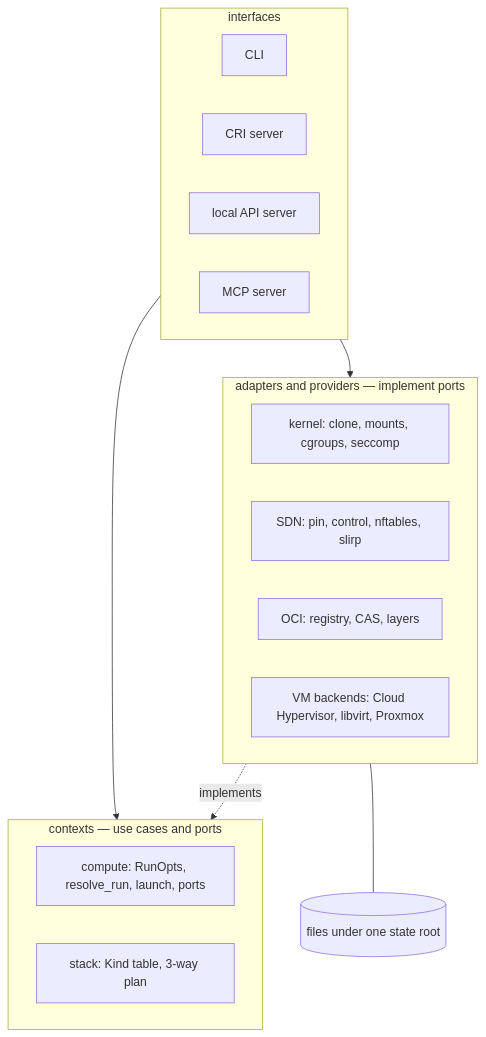
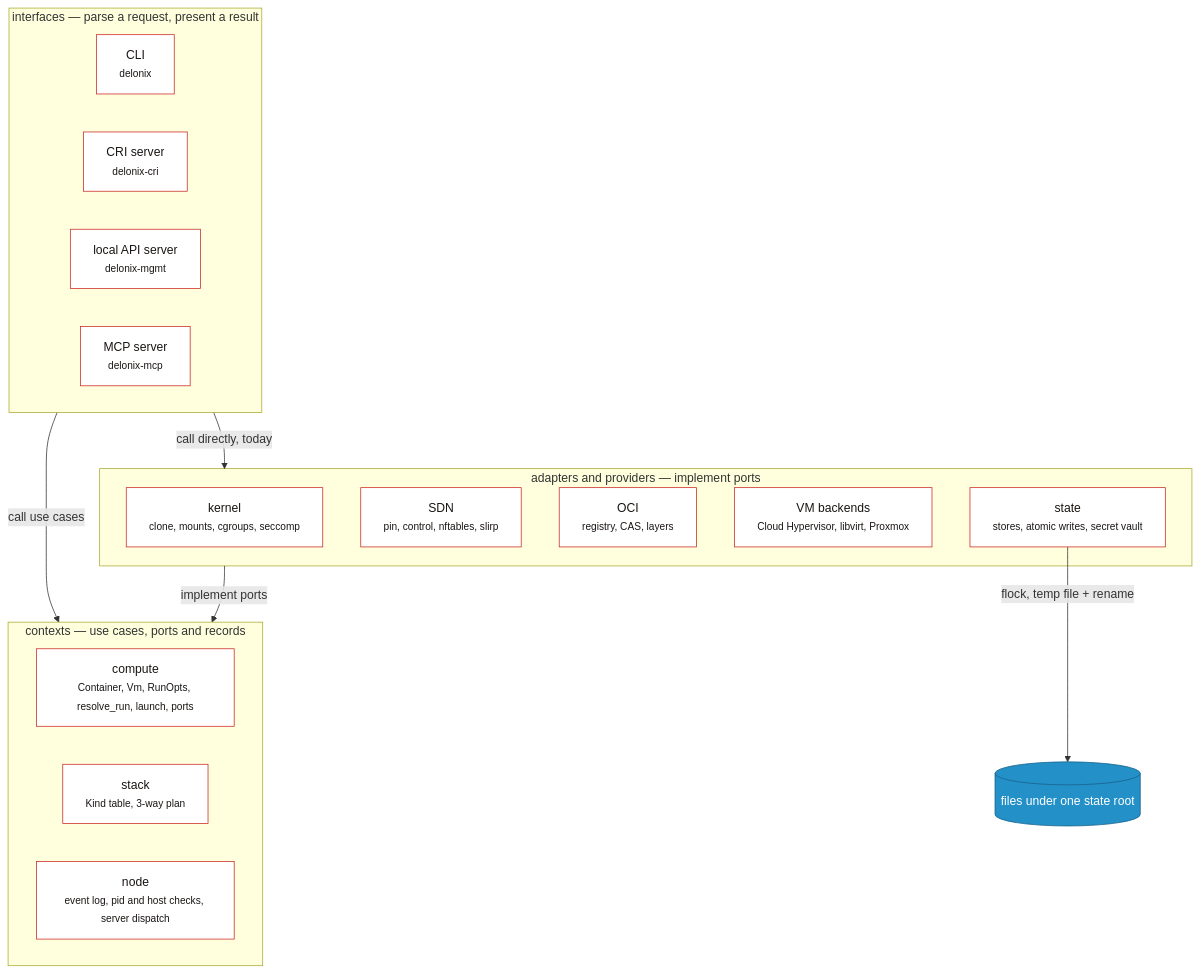
One commit to angolardevops/delonix-runtime changed the first of 4 diagrams in docs/dev/pt-AO/system-design-interview.md. Above: the diagram before and after it, drawn with Mermaid. The commit also changed other lines of this file and 5 other files, not shown here.

````diff
--- a/docs/dev/pt-AO/system-design-interview.md
+++ b/docs/dev/pt-AO/system-design-interview.md
@@ -120,24 +136,33 @@
 ```mermaid
-graph TB
-    subgraph IF["interfaces"]
-        CLI["CLI"]
-        CRI["CRI server"]
-        API["local API server"]
-        MCP["MCP server"]
-    end
-    subgraph CX["contexts — use cases and ports"]
-        COMPUTE["compute: RunOpts, resolve_run, launch, ports"]
-        STACK["stack: Kind table, 3-way plan"]
-    end
-    subgraph AD["adapters and providers — implement ports"]
-        LINUX["kernel: clone, mounts, cgroups, seccomp"]
-        SDN["SDN: pin, control, nftables, slirp"]
-        OCI["OCI: registry, CAS, layers"]
-        VMS["VM backends: Cloud Hypervisor, libvirt, Proxmox"]
-    end
-    STATE[("files under one state root")]
-    IF --> CX
-    AD -. implements .-> CX
-    IF --> AD
-    AD --- STATE
+flowchart TB
+  subgraph IF["interfaces — parse a request, present a result"]
+    CLI["CLI<br/><small>delonix</small>"]
+    CRI["CRI server<br/><small>delonix-cri</small>"]
+    API["local API server<br/><small>delonix-mgmt</small>"]
+    MCP["MCP server<br/><small>delonix-mcp</small>"]
+  end
+  subgraph CX["contexts — use cases, ports and records"]
+    COMPUTE["compute<br/><small>Container, Vm, RunOpts, resolve_run, launch, ports</small>"]
+    STACK["stack<br/><small>Kind table, 3-way plan</small>"]
+    NODE["node<br/><small>event log, pid and host checks, server dispatch</small>"]
+  end
+  subgraph AD["adapters and providers — implement ports"]
+    LINUX["kernel<br/><small>clone, mounts, cgroups, seccomp</small>"]
+    SDN["SDN<br/><small>pin, control, nftables, slirp</small>"]
+    OCI["OCI<br/><small>registry, CAS, layers</small>"]
+    VMS["VM backends<br/><small>Cloud Hypervisor, libvirt, Proxmox</small>"]
+    STA["state<br/><small>stores, atomic writes, secret vault</small>"]
+  end
+  FILES[("files under one state root")]
+  IF -->|"call use cases"| CX
+  AD -->|"implement ports"| CX
+  IF -->|"call directly, today"| AD
+  STA -->|"flock, temp file + rename"| FILES
+  class CLI,CRI,API,MCP,COMPUTE,STACK,NODE,LINUX,SDN,OCI,VMS,STA block
+  class FILES store
+classDef person fill:#191513,stroke:#191513,color:#ffffff
+classDef engine fill:#cc2823,stroke:#8f1b17,color:#ffffff
+classDef block fill:#ffffff,stroke:#cc2823,color:#191513
+classDef external fill:#e1ddda,stroke:#8a817c,color:#191513
+classDef store fill:#2390c8,stroke:#17618a,color:#ffffff
 ```
````
